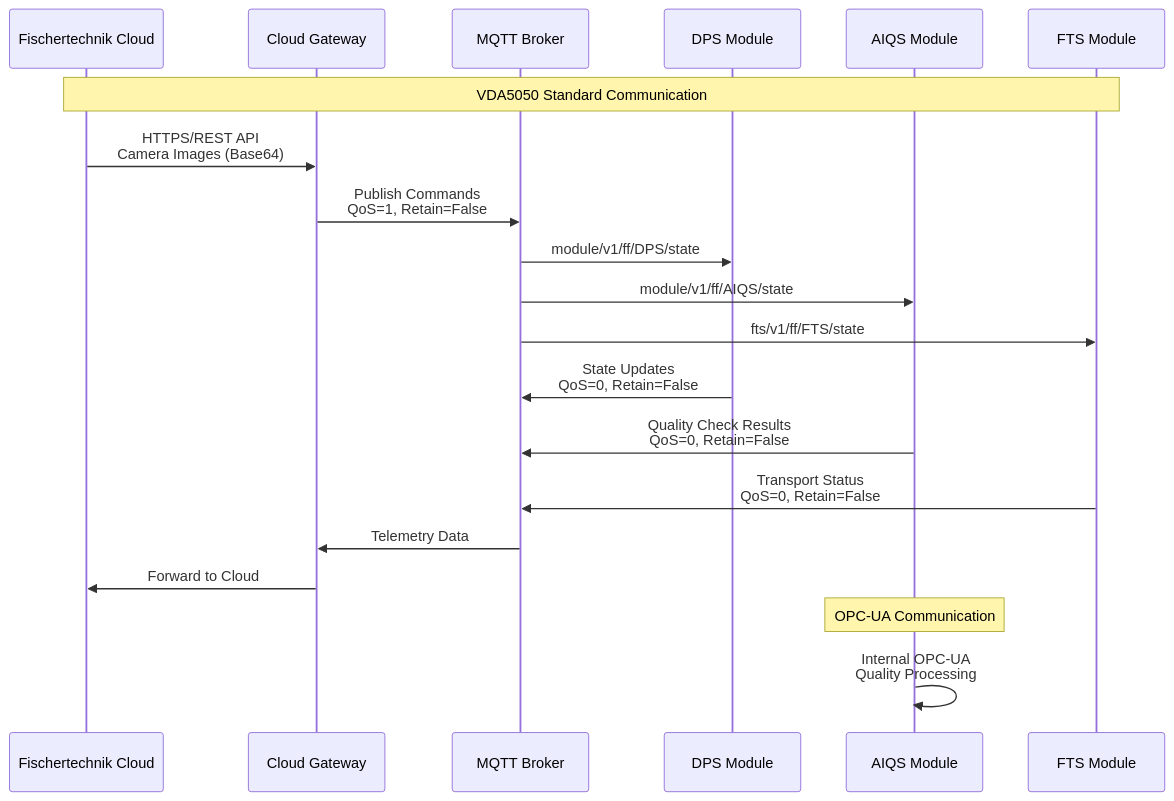
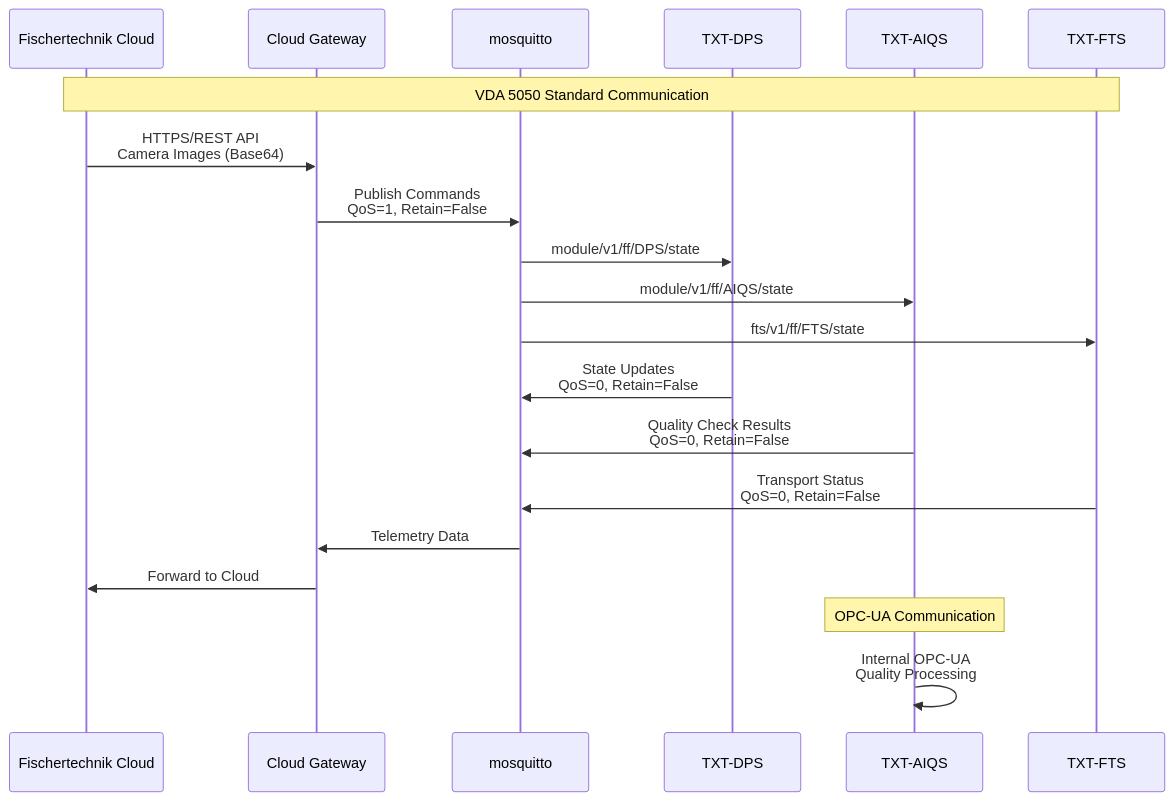
Before and after one commit to OliverBerger-ORBIS/ORBIS-Modellfabrik: the second of 4 diagrams in docs/02-architecture/aps-data-flow.md, drawn with Mermaid. The commit also changed other lines of this file and 12 other files, not shown here.

````diff
--- a/docs/02-architecture/aps-data-flow.md
+++ b/docs/02-architecture/aps-data-flow.md
@@ -76,28 +91,28 @@
 ```mermaid
 sequenceDiagram
     participant FTC as Fischertechnik Cloud
     participant CG as Cloud Gateway
-    participant MQTT as MQTT Broker
-    participant DPS as DPS Module
-    participant AIQS as AIQS Module
-    participant FTS as FTS Module
+    participant MQTT as mosquitto
+    participant DPS as TXT-DPS
+    participant AIQS as TXT-AIQS
+    participant FTS as TXT-FTS
     
-    Note over FTC,FTS: VDA5050 Standard Communication
+    Note over FTC,FTS: VDA 5050 Standard Communication
     
     FTC->>CG: HTTPS/REST API<br/>Camera Images (Base64)
     CG->>MQTT: Publish Commands<br/>QoS=1, Retain=False
     
     MQTT->>DPS: module/v1/ff/DPS/state
     MQTT->>AIQS: module/v1/ff/AIQS/state
     MQTT->>FTS: fts/v1/ff/FTS/state
     
     DPS->>MQTT: State Updates<br/>QoS=0, Retain=False
     AIQS->>MQTT: Quality Check Results<br/>QoS=0, Retain=False
     FTS->>MQTT: Transport Status<br/>QoS=0, Retain=False
     
     MQTT->>CG: Telemetry Data
     CG->>FTC: Forward to Cloud
     
     Note over AIQS: OPC-UA Communication
     AIQS->>AIQS: Internal OPC-UA<br/>Quality Processing
 ```
````
